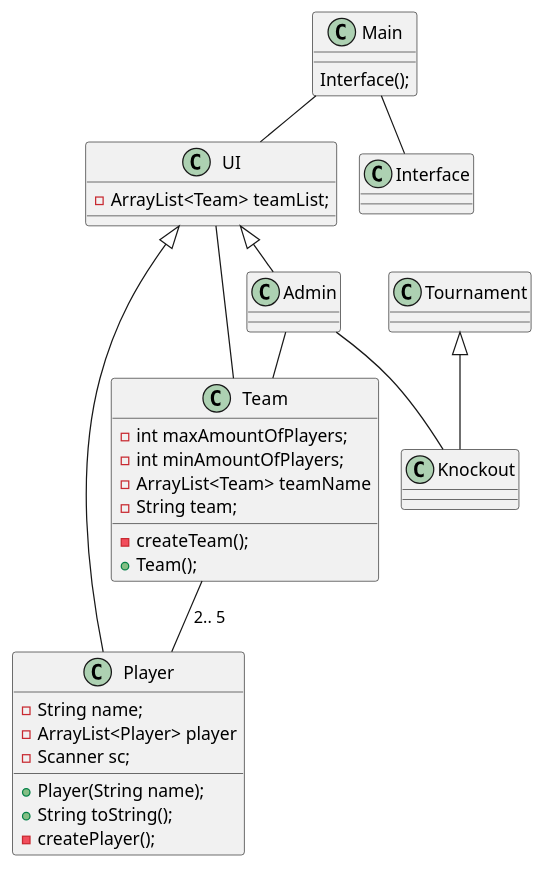
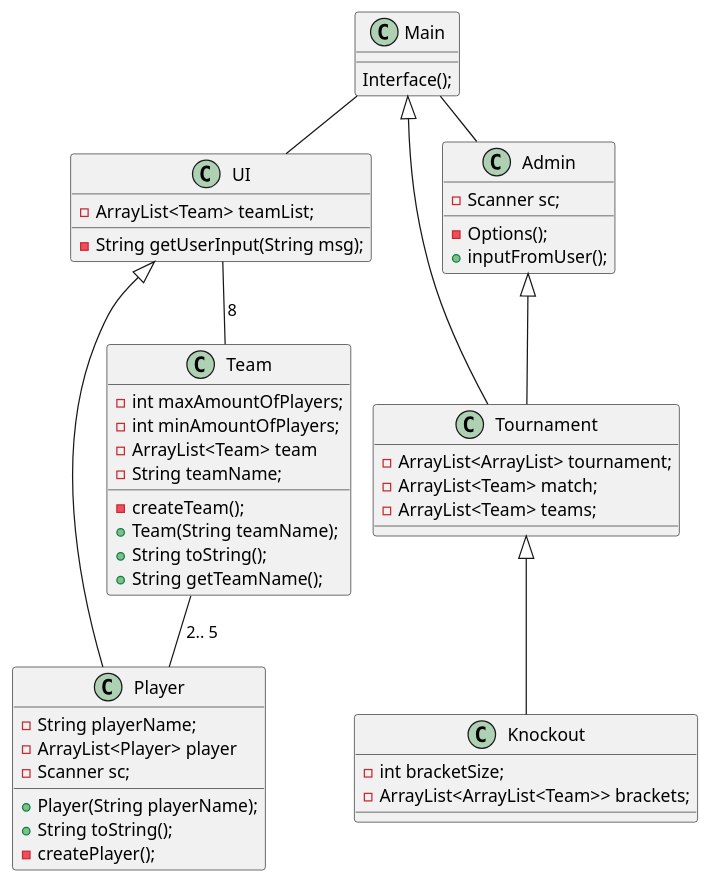
The diagram in src/PlantUML/Class Diagram.puml (AbdullahMarwan/-CPH-SP3-BordTennisTurnering), drawn with PlantUML before and after one commit.

Commit message:
Semifinised Class diagram

```diff
--- a/src/PlantUML/Class Diagram.puml
+++ b/src/PlantUML/Class Diagram.puml
@@ -1,66 +1,68 @@
 @startuml
 !pragma layout smetana
 
 class Main {
- Interface();
+    Interface();
 }
 
 class UI {
-- ArrayList<Team> teamList;
+    - ArrayList<Team> teamList;
+    - String getUserInput(String msg);
 
 }
 
 class Player {
-- String name;
-+ Player(String name);
-- ArrayList<Player> player
-- Scanner sc;
-+ String toString();
-- createPlayer();
+    - String playerName;
+    + Player(String playerName);
+    - ArrayList<Player> player
+    - Scanner sc;
+    + String toString();
+    - createPlayer();
 
 }
 
 class Team {
-- int maxAmountOfPlayers;
-- int minAmountOfPlayers;
-- ArrayList<Team> teamName
-- createTeam();
-- String team;
-+ Team();
+    - int maxAmountOfPlayers;
+    - int minAmountOfPlayers;
+    - ArrayList<Team> team
+    - createTeam();
+    - String teamName;
+    + Team(String teamName);
+    + String toString();
+    + String getTeamName();
 
+}
+
+class Knockout {
+    - int bracketSize;
+    - ArrayList<ArrayList<Team>> brackets;
+
+}
+
+class Tournament {
+    - ArrayList<ArrayList> tournament;
+    - ArrayList<Team> match;
+    - ArrayList<Team> teams;
 
 }
 
 class Admin {
-
-}
-
-class Knockout {
-
-
-}
-
-
-class Tournament {
-
-}
-
-class Interface {
+    - Scanner sc;
+    - Options();
+    + inputFromUser();
 
 }
 
 Main -- UI
 Team --Player : 2.. 5
-Main -- Interface
-Admin -- Knockout
 
-Admin -- Team
-
+Main -- Admin
 Tournament <|-- Knockout
+Admin <|-- Tournament
+Main <|-- Tournament
 
 UI <|-- Player
-UI -- Team
-UI <|-- Admin
+UI -- Team : 8
 
 
 @enduml
```
